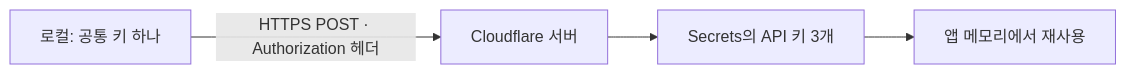
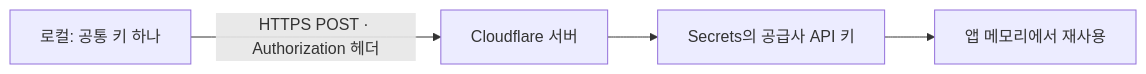
One commit to 2egn/DateCourseApp changed the diagram in docs/site/content/공통_접속_키.md. Above: the diagram before and after it, drawn with Mermaid. The commit also changed other lines of this file and 26 other files, not shown here.

Commit message:
Update current architecture and team documentation

````diff
--- a/docs/site/content/공통_접속_키.md
+++ b/docs/site/content/공통_접속_키.md
@@ -21,6 +21,6 @@
 ```mermaid
 flowchart LR
     A[로컬: 공통 키 하나] -->|HTTPS POST · Authorization 헤더| B[Cloudflare 서버]
-    B --> C[Secrets의 API 키 3개]
+    B --> C[Secrets의 공급사 API 키]
     C --> D[앱 메모리에서 재사용]
 ```
````
